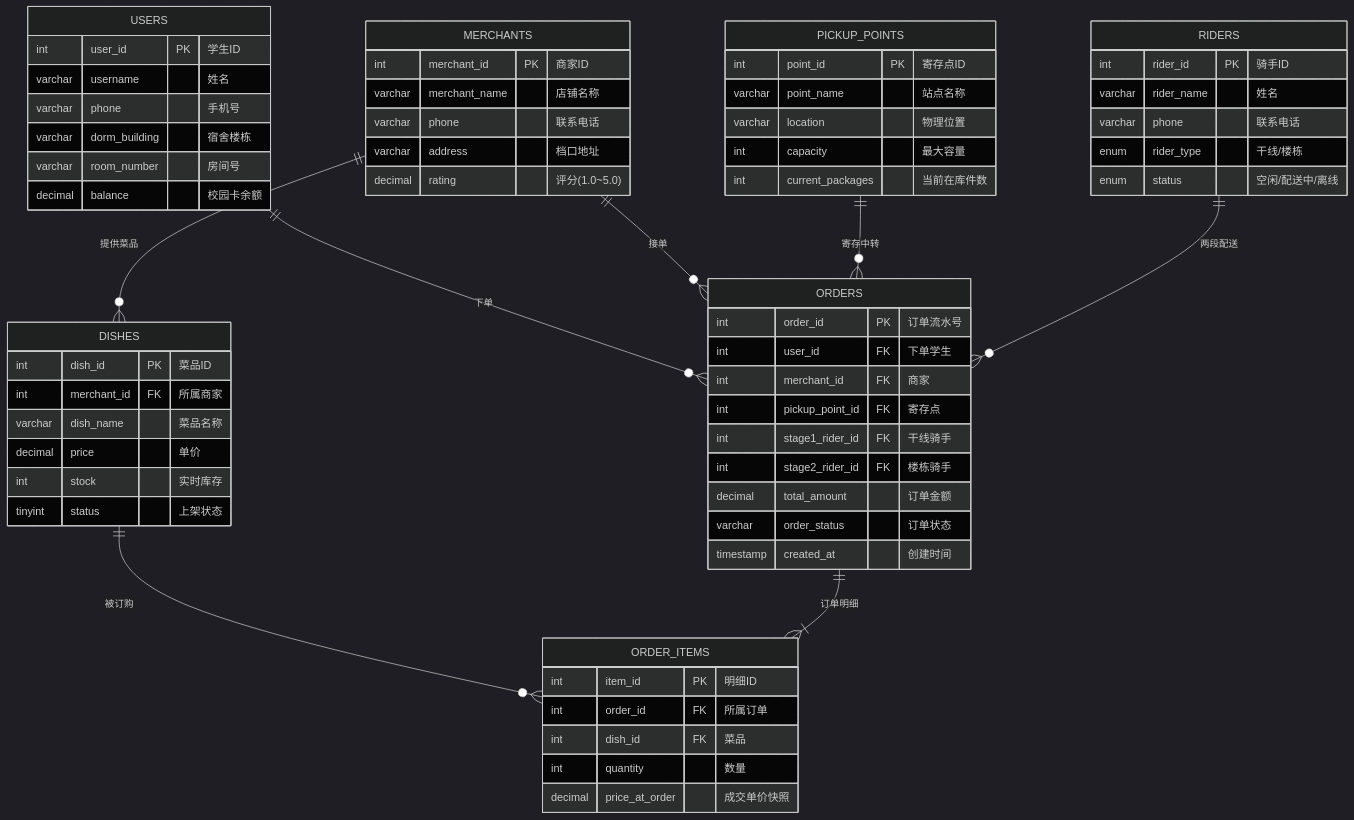
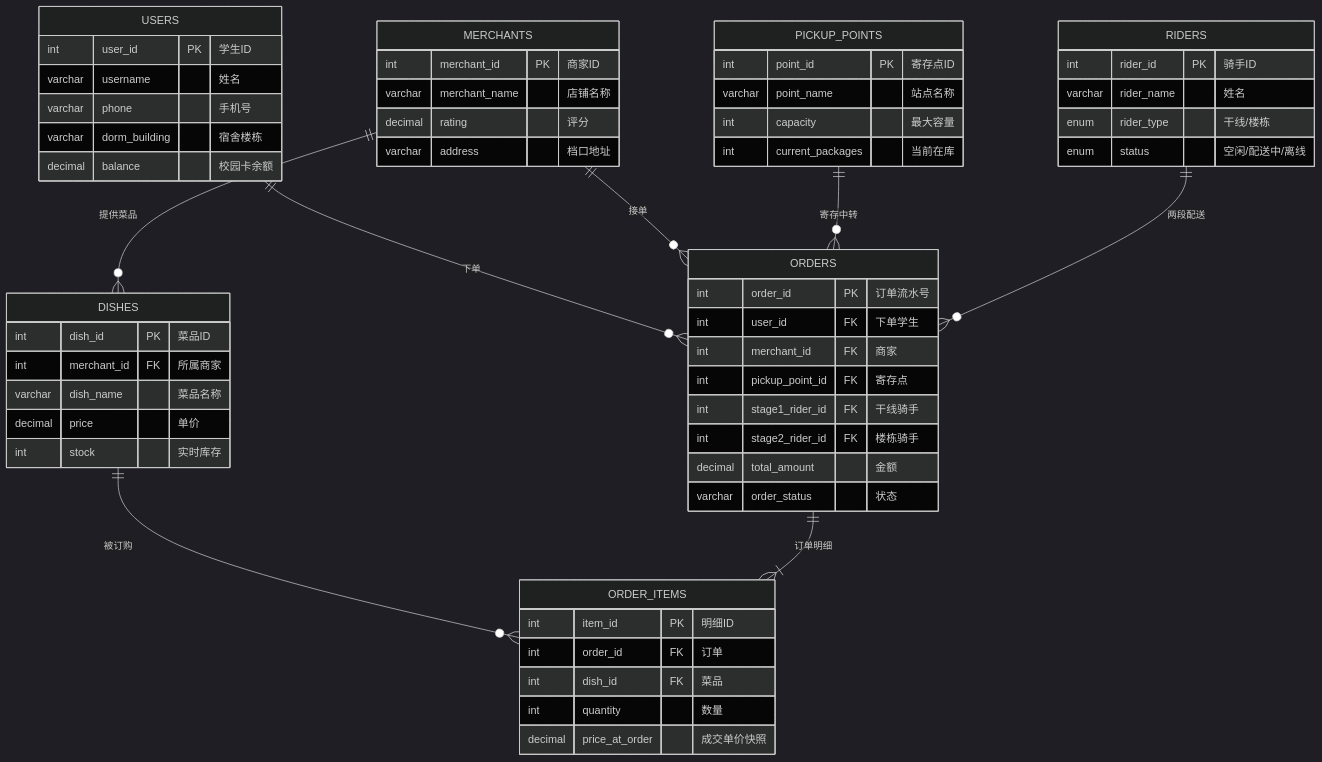
The diagram in README.md (sou1maker/database), drawn with Mermaid (dark theme) before and after one commit. The commit also changed other lines of this file, not shown here.

````diff
--- a/README.md
+++ b/README.md
@@ -111,72 +47,66 @@
 ```mermaid
 erDiagram
     USERS ||--o{ ORDERS : "下单"
     MERCHANTS ||--o{ DISHES : "提供菜品"
     MERCHANTS ||--o{ ORDERS : "接单"
     DISHES ||--o{ ORDER_ITEMS : "被订购"
     ORDERS ||--|{ ORDER_ITEMS : "订单明细"
     PICKUP_POINTS ||--o{ ORDERS : "寄存中转"
     RIDERS ||--o{ ORDERS : "两段配送"
 
     USERS {
         int user_id PK "学生ID"
         varchar username "姓名"
         varchar phone "手机号"
         varchar dorm_building "宿舍楼栋"
-        varchar room_number "房间号"
         decimal balance "校园卡余额"
     }
 
     MERCHANTS {
         int merchant_id PK "商家ID"
         varchar merchant_name "店铺名称"
-        varchar phone "联系电话"
+        decimal rating "评分"
         varchar address "档口地址"
-        decimal rating "评分(1.0~5.0)"
     }
 
     DISHES {
         int dish_id PK "菜品ID"
         int merchant_id FK "所属商家"
         varchar dish_name "菜品名称"
         decimal price "单价"
         int stock "实时库存"
-        tinyint status "上架状态"
     }
 
     PICKUP_POINTS {
         int point_id PK "寄存点ID"
         varchar point_name "站点名称"
-        varchar location "物理位置"
         int capacity "最大容量"
-        int current_packages "当前在库件数"
+        int current_packages "当前在库"
     }
 
     RIDERS {
         int rider_id PK "骑手ID"
         varchar rider_name "姓名"
-        varchar phone "联系电话"
         enum rider_type "干线/楼栋"
         enum status "空闲/配送中/离线"
     }
 
     ORDERS {
         int order_id PK "订单流水号"
         int user_id FK "下单学生"
         int merchant_id FK "商家"
         int pickup_point_id FK "寄存点"
         int stage1_rider_id FK "干线骑手"
         int stage2_rider_id FK "楼栋骑手"
-        decimal total_amount "订单金额"
-        varchar order_status "订单状态"
-        timestamp created_at "创建时间"
+        decimal total_amount "金额"
+        varchar order_status "状态"
     }
 
     ORDER_ITEMS {
         int item_id PK "明细ID"
-        int order_id FK "所属订单"
+        int order_id FK "订单"
         int dish_id FK "菜品"
         int quantity "数量"
         decimal price_at_order "成交单价快照"
     }
 ```
````
